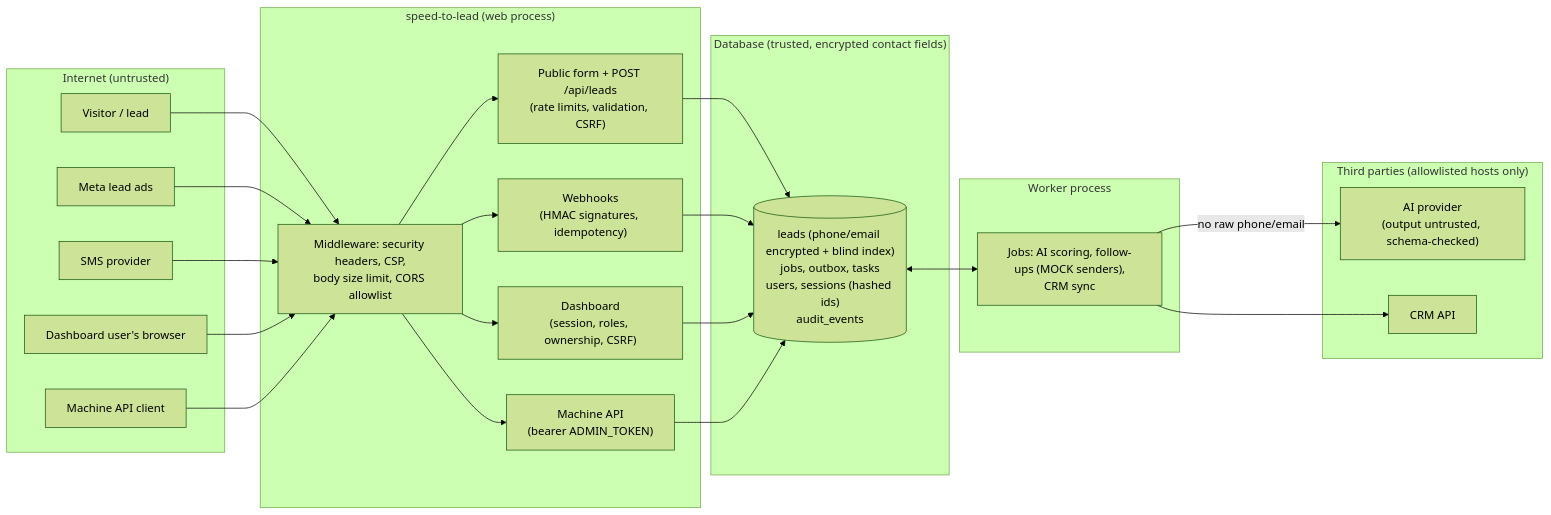
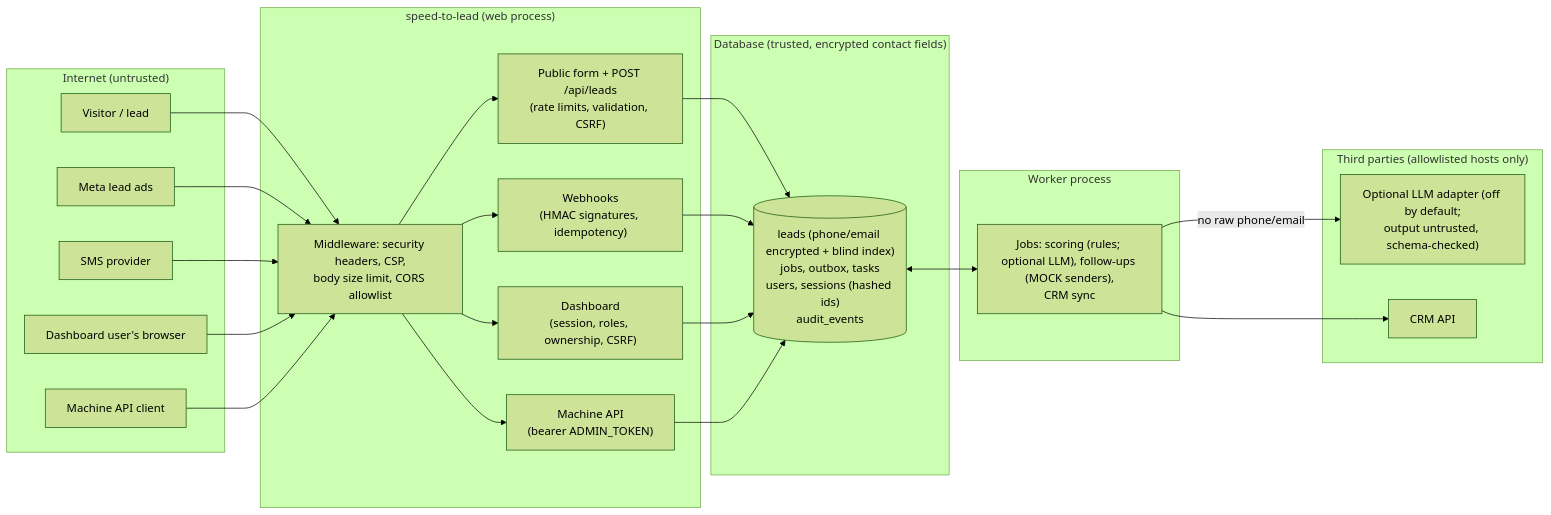
Before and after one commit to latin-guru/speed-to-lead: the diagram in SECURITY.md, drawn with Mermaid (forest theme). The commit also changed other lines of this file and 22 other files, not shown here.

First line of the commit message:
docs: describe lead scoring as rule-based; the LLM adapter is optional

````diff
--- a/SECURITY.md
+++ b/SECURITY.md
@@ -76,42 +76,42 @@
 ```mermaid
 flowchart LR
   subgraph Internet["Internet (untrusted)"]
     visitor["Visitor / lead"]
     meta["Meta lead ads"]
     sms["SMS provider"]
     browser["Dashboard user's browser"]
     script["Machine API client"]
   end
 
   subgraph App["speed-to-lead (web process)"]
     mw["Middleware: security headers, CSP,<br/>body size limit, CORS allowlist"]
     public["Public form + POST /api/leads<br/>(rate limits, validation, CSRF)"]
     hooks["Webhooks<br/>(HMAC signatures, idempotency)"]
     dash["Dashboard<br/>(session, roles, ownership, CSRF)"]
     api["Machine API<br/>(bearer ADMIN_TOKEN)"]
   end
 
   subgraph Data["Database (trusted, encrypted contact fields)"]
     db[("leads (phone/email encrypted + blind index)<br/>jobs, outbox, tasks<br/>users, sessions (hashed ids)<br/>audit_events")]
   end
 
   subgraph Worker["Worker process"]
-    jobs["Jobs: AI scoring, follow-ups (MOCK senders),<br/>CRM sync"]
+    jobs["Jobs: scoring (rules; optional LLM), follow-ups (MOCK senders),<br/>CRM sync"]
   end
 
   subgraph Outbound["Third parties (allowlisted hosts only)"]
-    ai["AI provider<br/>(output untrusted, schema-checked)"]
+    ai["Optional LLM adapter (off by default;<br/>output untrusted, schema-checked)"]
     crm["CRM API"]
   end
 
   visitor --> mw
   meta --> mw
   sms --> mw
   browser --> mw
   script --> mw
   mw --> public & hooks & dash & api
   public & hooks & dash & api --> db
   db <--> jobs
   jobs -- "no raw phone/email" --> ai
   jobs --> crm
 ```
````
